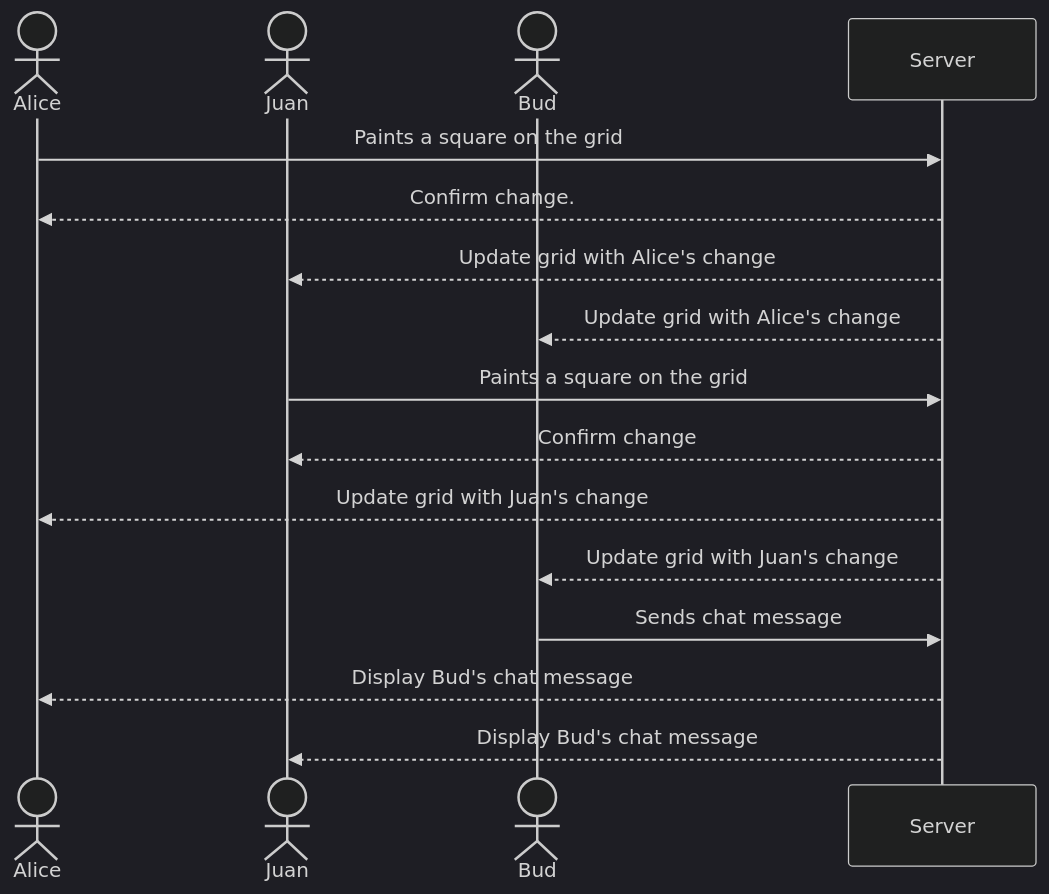
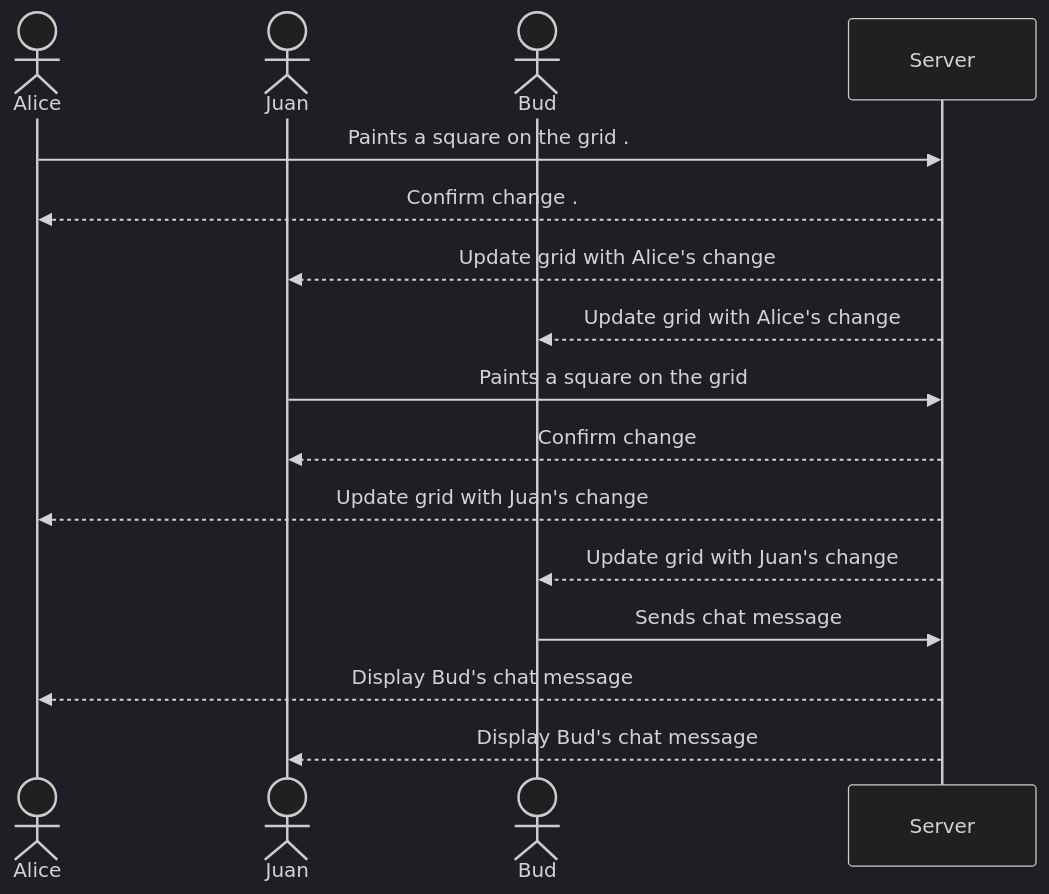
One commit to Nivlac17/startup changed the diagram in README.md. Above: the diagram before and after it, drawn with Mermaid (dark theme).

Commit message:
updated sequence diagram to improve visual

````diff
--- a/README.md
+++ b/README.md
@@ -24,22 +24,22 @@
 ```mermaid
 sequenceDiagram
     actor Alice
     actor Juan
     actor Bud
     participant Server
 
-    Alice->>Server: Paints a square on the grid
-    Server-->>Alice: Confirm change.
+    Alice->>Server: Paints a square on the grid   .
+    Server-->>Alice: Confirm change .
     Server-->>Juan:   Update grid with Alice's change
     Server-->>Bud: Update grid with Alice's change
 
     Juan->>Server: Paints a square on the grid
     Server-->>Juan: Confirm change
     Server-->>Alice: Update grid with Juan's change
     Server-->>Bud: Update grid with Juan's change
 
     Bud->>Server: Sends chat message
     Server-->>Alice: Display Bud's chat message
     Server-->>Juan: Display Bud's chat message
 
 ```
````
